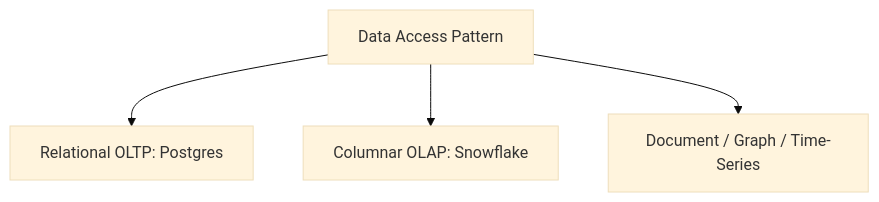
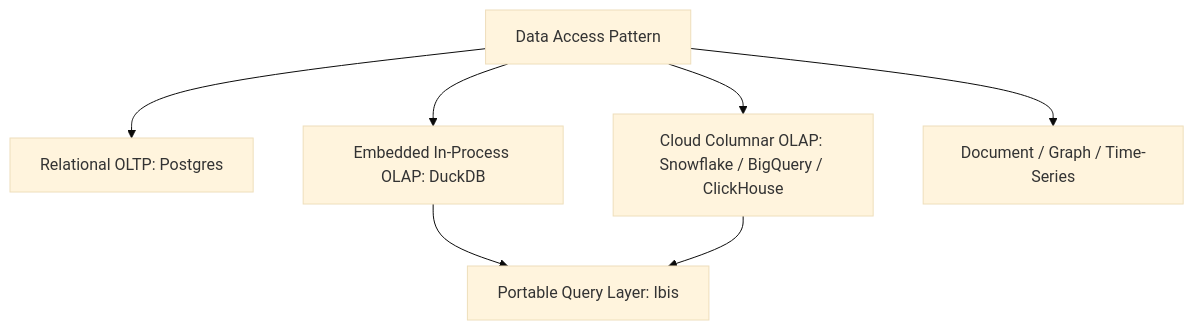
The second of 5 diagrams in .agents/skills/architecture-design/references/workflows/data-architecture.md (InNoobWeTrust/dotfiles), drawn with Mermaid (base theme) before and after one commit. The commit also changed other lines of this file and 26 other files, not shown here.

First line of the commit message:
agents,config,sh.d: integrate bwrap sandboxing, enforce path portability, and adopt Ibis+DuckDB stack

````diff
--- a/.agents/skills/architecture-design/references/workflows/data-architecture.md
+++ b/.agents/skills/architecture-design/references/workflows/data-architecture.md
@@ -24,6 +24,10 @@
 ```mermaid
 graph TD
     DataNeed[Data Access Pattern] --> OLTP[Relational OLTP: Postgres]
-    DataNeed --> OLAP[Columnar OLAP: Snowflake]
+    DataNeed --> EmbeddedOLAP["Embedded In-Process OLAP: DuckDB"]
+    DataNeed --> CloudOLAP["Cloud Columnar OLAP: Snowflake / BigQuery / ClickHouse"]
     DataNeed --> Doc[Document / Graph / Time-Series]
+
+    EmbeddedOLAP --> IbisLayer["Portable Query Layer: Ibis"]
+    CloudOLAP --> IbisLayer
 ```
````
